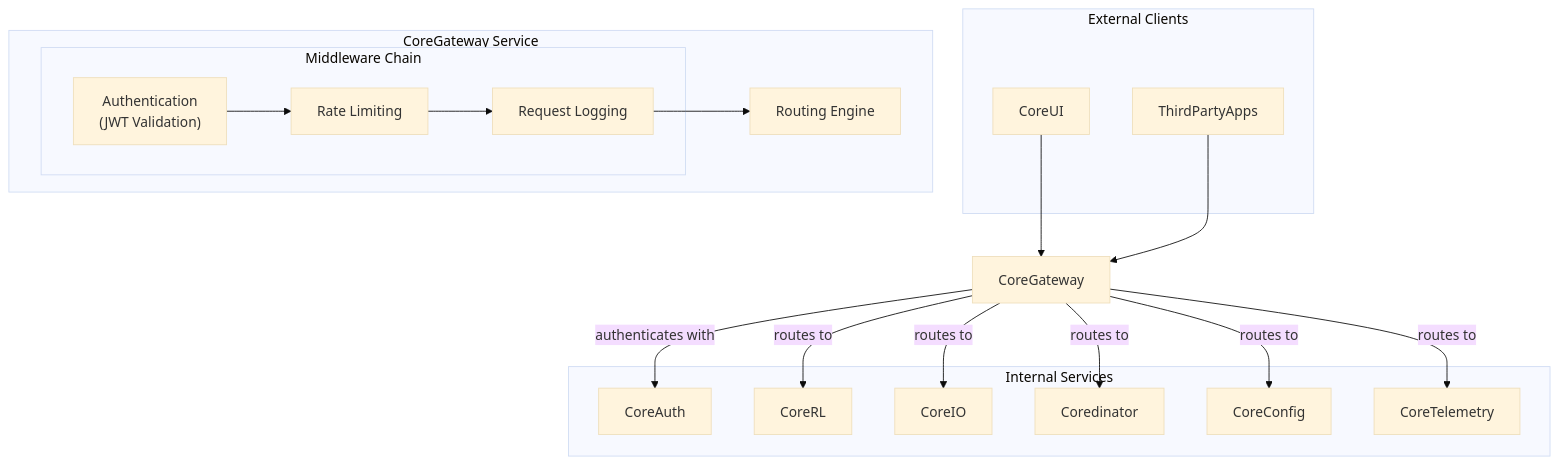
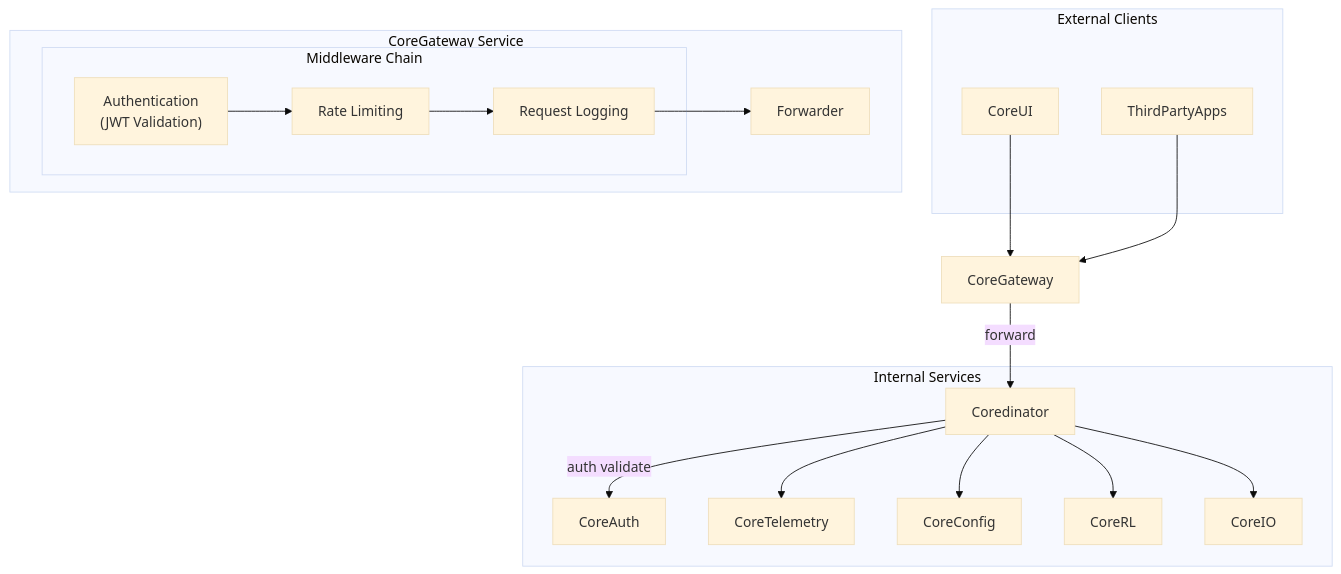
One commit to danilo-bangitjr-rlcore/cpp-ci-dev changed the first of 2 diagrams in docs/tech_spec/coregateway.md. Above: the diagram before and after it, drawn with Mermaid (base theme). The commit also changed other lines of this file and 2 other files, not shown here.

Commit message:
docs(tech_spec): move protocol translation responsibility to coredinator

````diff
--- a/docs/tech_spec/coregateway.md
+++ b/docs/tech_spec/coregateway.md
@@ -52,38 +51,38 @@
 ```mermaid
 graph TD
     subgraph "External Clients"
         CoreUI
         ThirdPartyApps
     end
 
     subgraph "CoreGateway Service"
         direction LR
         subgraph "Middleware Chain"
             AuthMiddleware["Authentication<br/>(JWT Validation)"]
             RateLimitMiddleware["Rate Limiting"]
             LoggingMiddleware["Request Logging"]
         end
-        RoutingEngine["Routing Engine"]
+  Forwarder["Forwarder"]
     end
 
-    subgraph "Internal Services"
-        CoreAuth
-        CoreRL
-        CoreIO
-        Coredinator
-        CoreConfig
-        CoreTelemetry
-    end
+  subgraph "Internal Services"
+    Coredinator
+    CoreAuth
+    CoreTelemetry
+    CoreConfig
+    CoreRL
+    CoreIO
+  end
 
-    CoreUI --> CoreGateway
-    ThirdPartyApps --> CoreGateway
+  CoreUI --> CoreGateway
+  ThirdPartyApps --> CoreGateway
 
-    CoreGateway -- "routes to" --> CoreRL
-    CoreGateway -- "routes to" --> CoreIO
-    CoreGateway -- "routes to" --> Coredinator
-    CoreGateway -- "routes to" --> CoreConfig
-    CoreGateway -- "routes to" --> CoreTelemetry
-    CoreGateway -- "authenticates with" --> CoreAuth
+  CoreGateway -- "forward" --> Coredinator
+  Coredinator -- "auth validate" --> CoreAuth
+  Coredinator --> CoreRL
+  Coredinator --> CoreIO
+  Coredinator --> CoreConfig
+  Coredinator --> CoreTelemetry
 
-    AuthMiddleware --> RateLimitMiddleware --> LoggingMiddleware --> RoutingEngine
+  AuthMiddleware --> RateLimitMiddleware --> LoggingMiddleware --> Forwarder
 ```
````
